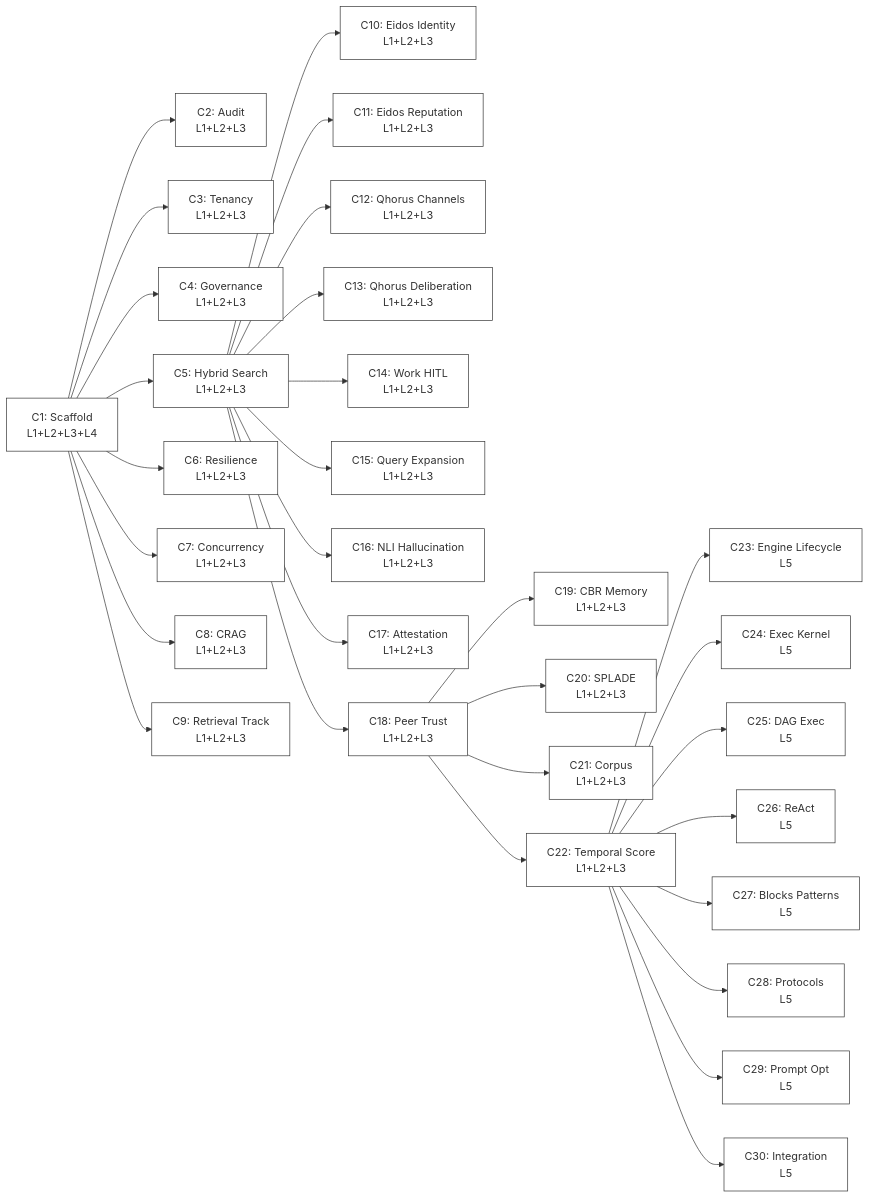
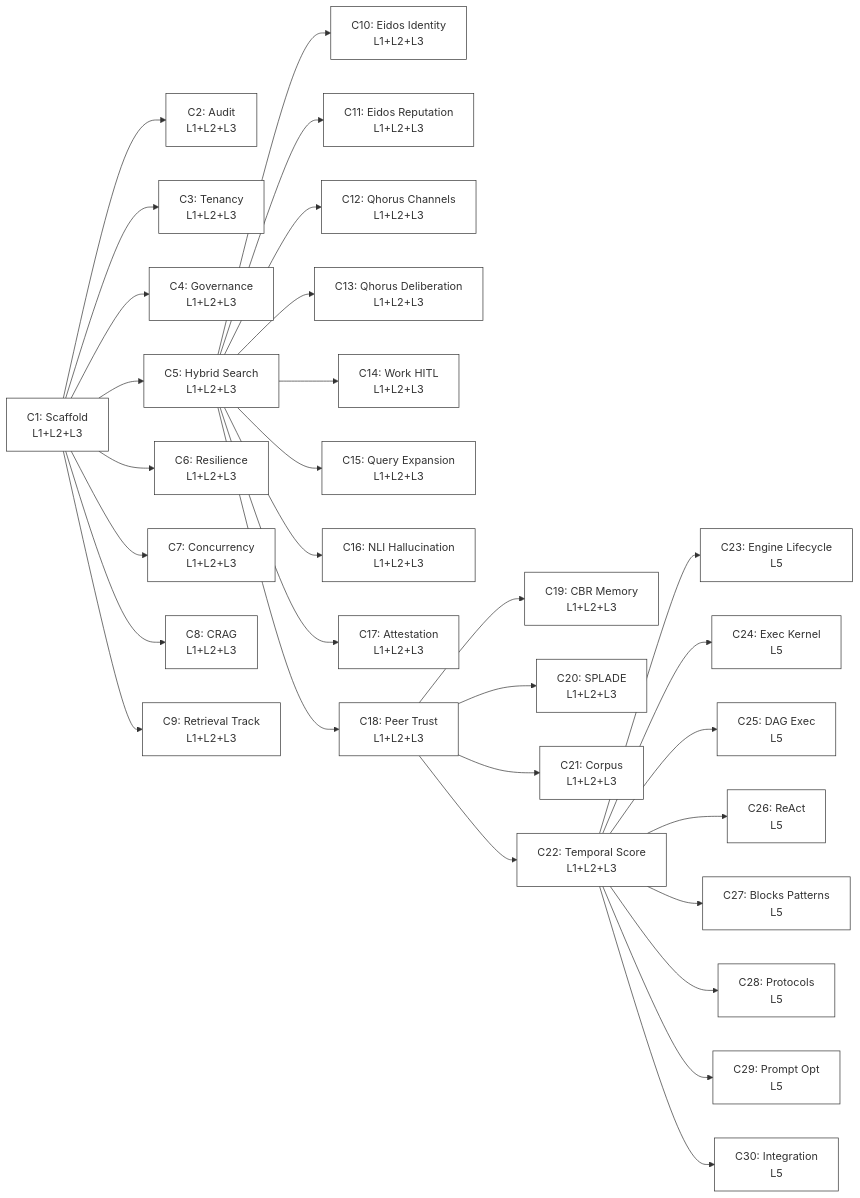
Before and after one commit to casehubio/casehub-langchain4j: the sixth of 6 diagrams in ARC42STORIES.MD, drawn with Mermaid. The commit also changed other lines of this file and 16 other files, not shown here.

````diff
--- a/ARC42STORIES.MD
+++ b/ARC42STORIES.MD
@@ -330,68 +323,68 @@
 ```mermaid
 flowchart LR
-  C1["C1: Scaffold\nL1+L2+L3+L4"]
+  C1["C1: Scaffold\nL1+L2+L3"]
 
   C1 --> C2["C2: Audit\nL1+L2+L3"]
   C1 --> C3["C3: Tenancy\nL1+L2+L3"]
   C1 --> C4["C4: Governance\nL1+L2+L3"]
   C1 --> C5["C5: Hybrid Search\nL1+L2+L3"]
   C1 --> C6["C6: Resilience\nL1+L2+L3"]
   C1 --> C7["C7: Concurrency\nL1+L2+L3"]
   C1 --> C8["C8: CRAG\nL1+L2+L3"]
   C1 --> C9["C9: Retrieval Track\nL1+L2+L3"]
 
   C5 --> C10["C10: Eidos Identity\nL1+L2+L3"]
   C5 --> C11["C11: Eidos Reputation\nL1+L2+L3"]
   C5 --> C12["C12: Qhorus Channels\nL1+L2+L3"]
   C5 --> C13["C13: Qhorus Deliberation\nL1+L2+L3"]
   C5 --> C14["C14: Work HITL\nL1+L2+L3"]
   C5 --> C15["C15: Query Expansion\nL1+L2+L3"]
   C5 --> C16["C16: NLI Hallucination\nL1+L2+L3"]
   C5 --> C17["C17: Attestation\nL1+L2+L3"]
   C5 --> C18["C18: Peer Trust\nL1+L2+L3"]
 
   C18 --> C19["C19: CBR Memory\nL1+L2+L3"]
   C18 --> C20["C20: SPLADE\nL1+L2+L3"]
   C18 --> C21["C21: Corpus\nL1+L2+L3"]
   C18 --> C22["C22: Temporal Score\nL1+L2+L3"]
 
   C22 --> C23["C23: Engine Lifecycle\nL5"]
   C22 --> C24["C24: Exec Kernel\nL5"]
   C22 --> C25["C25: DAG Exec\nL5"]
   C22 --> C26["C26: ReAct\nL5"]
   C22 --> C27["C27: Blocks Patterns\nL5"]
   C22 --> C28["C28: Protocols\nL5"]
   C22 --> C29["C29: Prompt Opt\nL5"]
   C22 --> C30["C30: Integration\nL5"]
 
   style C1 fill:#FFFFFF,stroke:#333
   style C2 fill:#FFFFFF,stroke:#333
   style C3 fill:#FFFFFF,stroke:#333
   style C4 fill:#FFFFFF,stroke:#333
   style C5 fill:#FFFFFF,stroke:#333
   style C6 fill:#FFFFFF,stroke:#333
   style C7 fill:#FFFFFF,stroke:#333
   style C8 fill:#FFFFFF,stroke:#333
   style C9 fill:#FFFFFF,stroke:#333
   style C10 fill:#FFFFFF,stroke:#333
   style C11 fill:#FFFFFF,stroke:#333
   style C12 fill:#FFFFFF,stroke:#333
   style C13 fill:#FFFFFF,stroke:#333
   style C14 fill:#FFFFFF,stroke:#333
   style C15 fill:#FFFFFF,stroke:#333
   style C16 fill:#FFFFFF,stroke:#333
   style C17 fill:#FFFFFF,stroke:#333
   style C18 fill:#FFFFFF,stroke:#333
   style C19 fill:#FFFFFF,stroke:#333
   style C20 fill:#FFFFFF,stroke:#333
   style C21 fill:#FFFFFF,stroke:#333
   style C22 fill:#FFFFFF,stroke:#333
   style C23 fill:#FFFFFF,stroke:#333
   style C24 fill:#FFFFFF,stroke:#333
   style C25 fill:#FFFFFF,stroke:#333
   style C26 fill:#FFFFFF,stroke:#333
   style C27 fill:#FFFFFF,stroke:#333
   style C28 fill:#FFFFFF,stroke:#333
   style C29 fill:#FFFFFF,stroke:#333
   style C30 fill:#FFFFFF,stroke:#333
 ```
````
